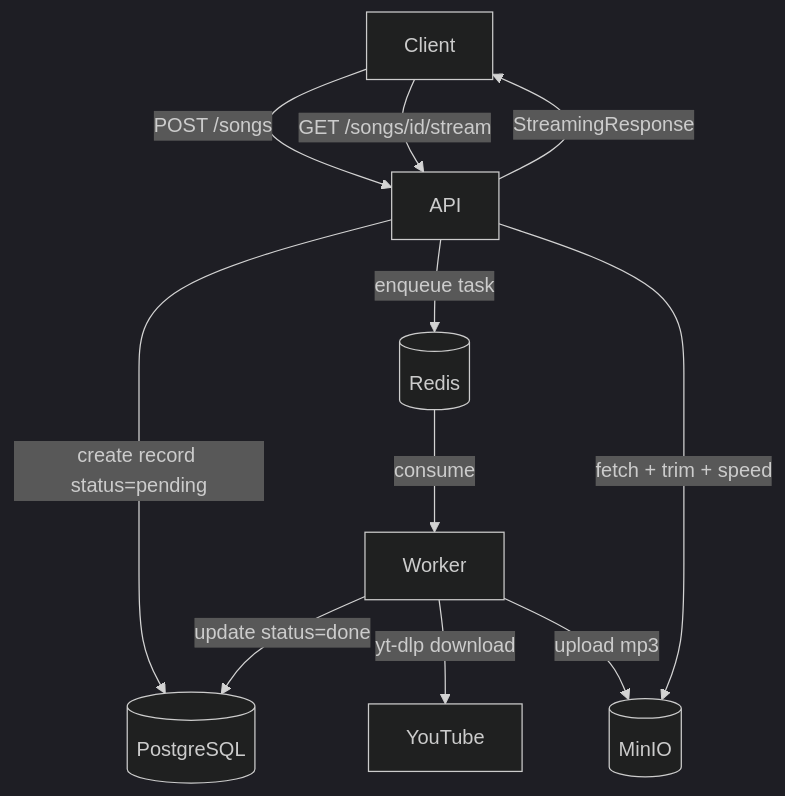
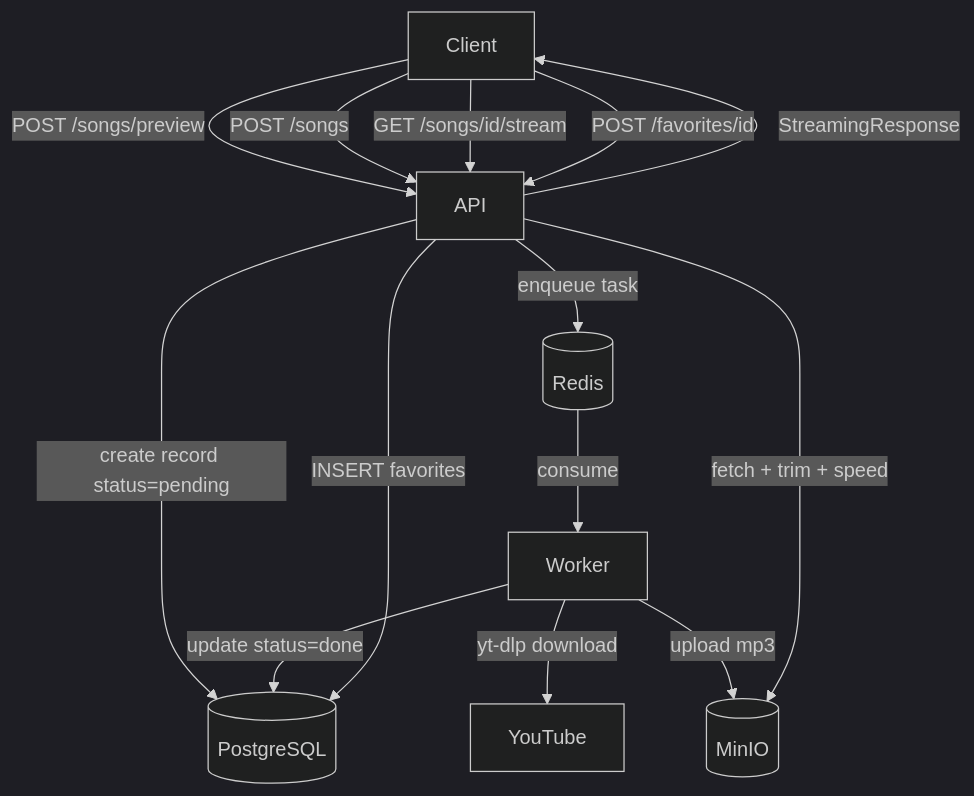
Before and after one commit to KarthikUdyawar/melo: the first of 4 diagrams in README.md, drawn with Mermaid (dark theme). The commit also changed other lines of this file and 9 other files, not shown here.

````diff
--- a/README.md
+++ b/README.md
@@ -24,13 +24,16 @@
 ```mermaid
 graph TD
+    Client -->|POST /songs/preview| API
     Client -->|POST /songs| API
     API -->|create record status=pending| PG[(PostgreSQL)]
     API -->|enqueue task| Redis[(Redis)]
     Redis -->|consume| Worker
     Worker -->|yt-dlp download| YT[YouTube]
     Worker -->|upload mp3| MinIO[(MinIO)]
     Worker -->|update status=done| PG
     Client -->|GET /songs/id/stream| API
     API -->|fetch + trim + speed| MinIO
     API -->|StreamingResponse| Client
+    Client -->|POST /favorites/id| API
+    API -->|INSERT favorites| PG
 ```
````
